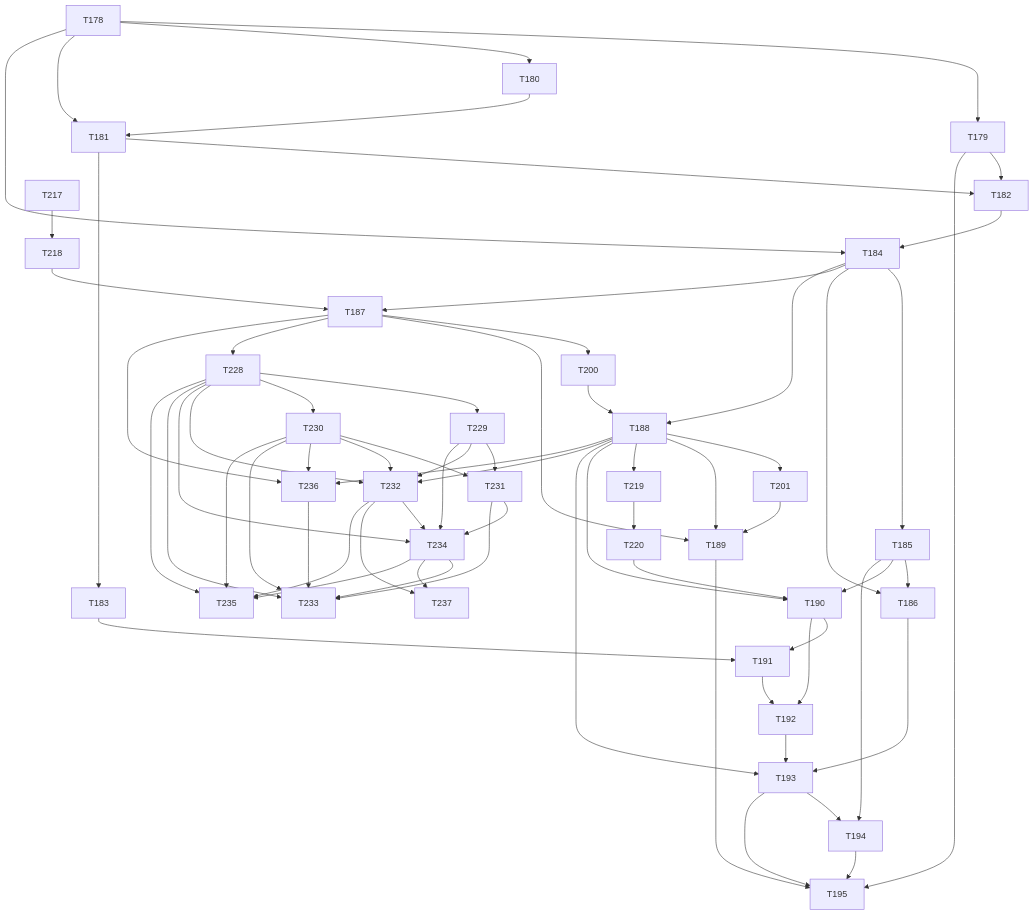
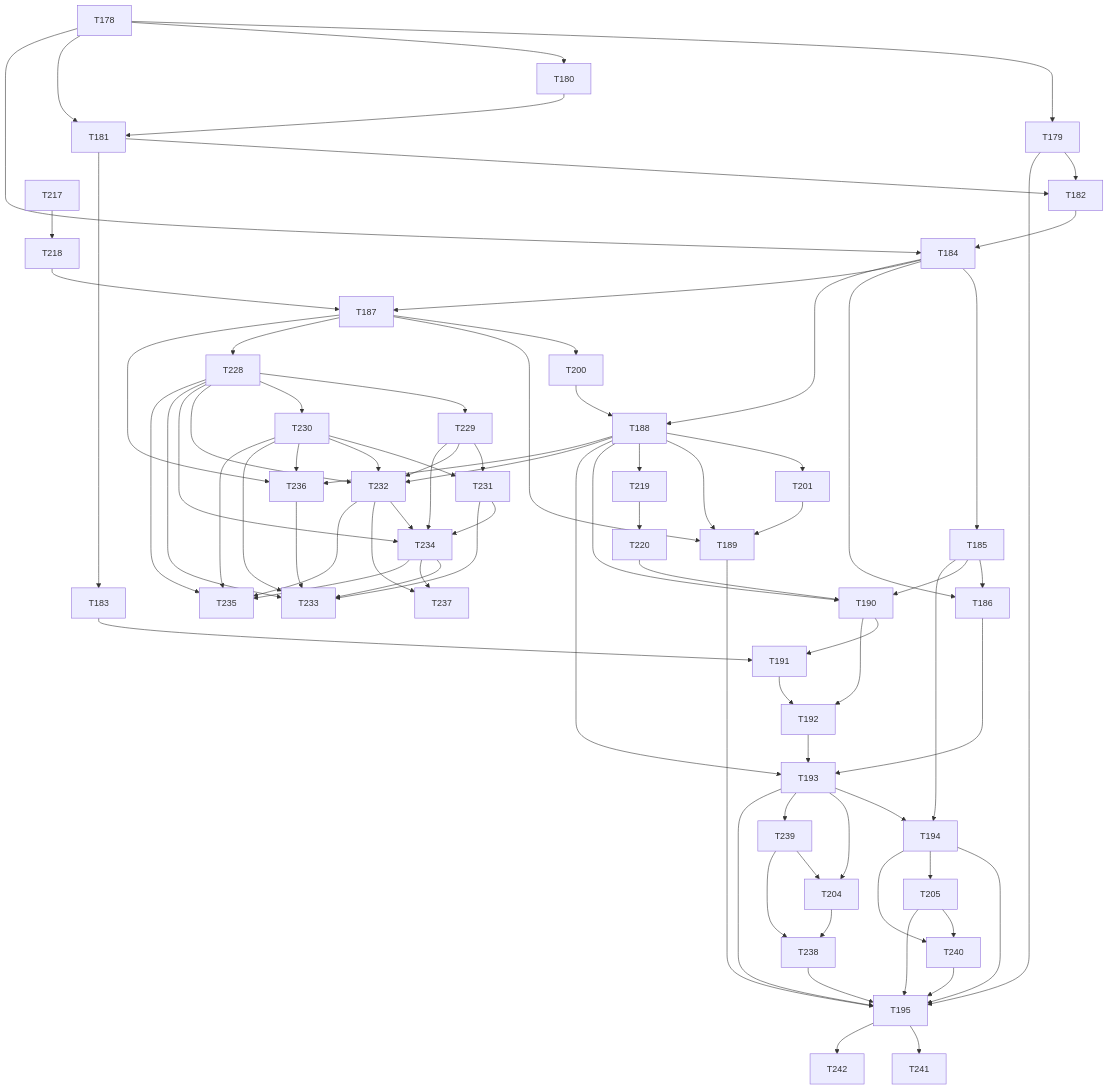
Before and after one commit to NJLaPrell/workflow-cannon: the diagram in docs/maintainers/task-dependency-map.md, drawn with Mermaid. The commit also changed other lines of this file and 34 other files, not shown here.

```diff
--- a/docs/maintainers/task-dependency-map.md
+++ b/docs/maintainers/task-dependency-map.md
@@ -59,10 +59,23 @@
   T192 --> T193
   T185 --> T194
   T193 --> T194
+  T193 --> T204
+  T193 --> T239
+  T204 --> T238
+  T239 --> T204
+  T239 --> T238
+  T238 --> T195
   T179 --> T195
   T189 --> T195
   T193 --> T195
   T194 --> T195
+  T194 --> T205
+  T205 --> T240
+  T194 --> T240
+  T205 --> T195
+  T240 --> T195
+  T195 --> T241
+  T195 --> T242
   T187 --> T228
   T228 --> T229
   T228 --> T230
```
